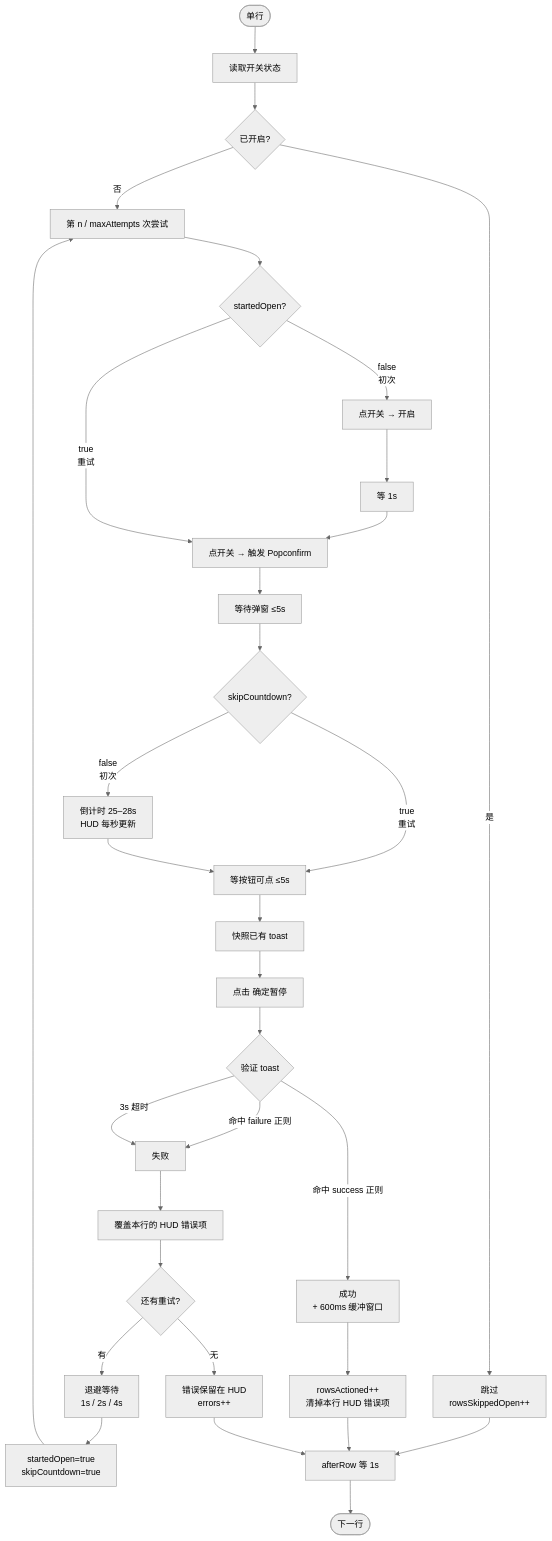
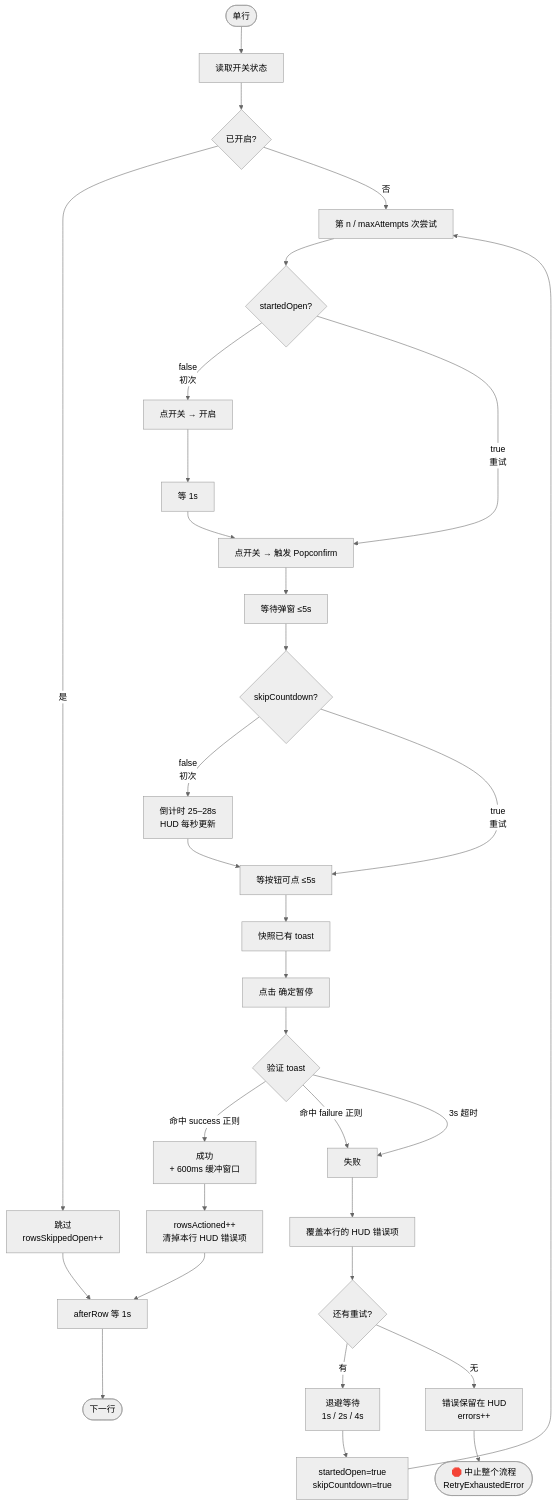
One commit to scstc/page-agent changed the second of 3 diagrams in packages/page-agent/docs/scripted-flow.md. Above: the diagram before and after it, drawn with Mermaid (neutral theme). The commit also changed other lines of this file and 1 other file, not shown here.

First line of the commit message:
feat(page-agent): scripted-flow halt-on-failure + resume from page/row

````diff
--- a/packages/page-agent/docs/scripted-flow.md
+++ b/packages/page-agent/docs/scripted-flow.md
@@ -81,39 +88,39 @@
 ```mermaid
 flowchart TD
     Start([单行]) --> Read[读取开关状态]
     Read --> IsOpen{已开启?}
     IsOpen -- 是 --> Skip[跳过<br/>rowsSkippedOpen++]
     IsOpen -- 否 --> AttemptStart[第 n / maxAttempts 次尝试]
 
     AttemptStart --> StartedOpen{startedOpen?}
     StartedOpen -- false<br/>初次 --> Click1[点开关 → 开启]
     Click1 --> Wait1[等 1s]
     Wait1 --> Click2[点开关 → 触发 Popconfirm]
     StartedOpen -- true<br/>重试 --> Click2
     Click2 --> WaitPopup[等待弹窗 ≤5s]
     WaitPopup --> SkipCD{skipCountdown?}
     SkipCD -- false<br/>初次 --> Countdown[倒计时 25–28s<br/>HUD 每秒更新]
     SkipCD -- true<br/>重试 --> WaitBtn
     Countdown --> WaitBtn[等按钮可点 ≤5s]
     WaitBtn --> Snapshot[快照已有 toast]
     Snapshot --> ClickConfirm[点击 确定暂停]
     ClickConfirm --> Verify{验证 toast}
 
     Verify -- 命中 success 正则 --> Ok[成功<br/>+ 600ms 缓冲窗口]
     Verify -- 命中 failure 正则 --> Failed[失败]
     Verify -- 3s 超时 --> Failed
 
     Ok --> Succeeded[rowsActioned++<br/>清掉本行 HUD 错误项]
     Failed --> UpdateHUD[覆盖本行的 HUD 错误项]
     UpdateHUD --> RetriesLeft{还有重试?}
 
     RetriesLeft -- 有 --> Backoff[退避等待<br/>1s / 2s / 4s]
     Backoff --> Reset[startedOpen=true<br/>skipCountdown=true]
     Reset --> AttemptStart
     RetriesLeft -- 无 --> Final[错误保留在 HUD<br/>errors++]
+    Final --> Halt([🛑 中止整个流程<br/>RetryExhaustedError])
 
     Skip --> AfterRow[afterRow 等 1s]
     Succeeded --> AfterRow
-    Final --> AfterRow
     AfterRow --> End([下一行])
 ```
````
